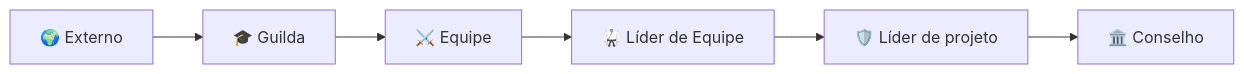
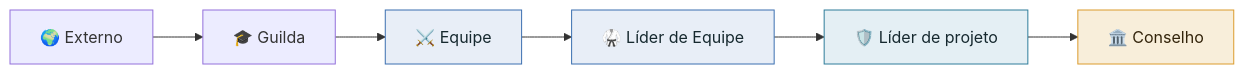
One commit to Iniciativa-OpenClinic/OpenClinic changed the second of 2 diagrams in GOVERNANCE.md. Above: the diagram before and after it, drawn with Mermaid. The commit also changed other lines of this file and 1 other file, not shown here.

First line of the commit message:
Redesenha os diagramas de contribuição e governança

````diff
--- a/GOVERNANCE.md
+++ b/GOVERNANCE.md
@@ -56,4 +64,10 @@
 ```mermaid
 flowchart LR
     A["🌍 Externo"] --> B["🎓 Guilda"] --> C["⚔️ Equipe"] --> D["🥋 Líder de Equipe"] --> E["🛡️ Líder de projeto"] --> F["🏛️ Conselho"]
+    classDef equipe fill:#E8EEF7,stroke:#3B6FB0,color:#16292F
+    classDef projeto fill:#E4EFF4,stroke:#2E7D9A,color:#16292F
+    classDef conselho fill:#F8EEDA,stroke:#DB9B2D,color:#33240B
+    class C,D equipe
+    class E projeto
+    class F conselho
 ```
````
